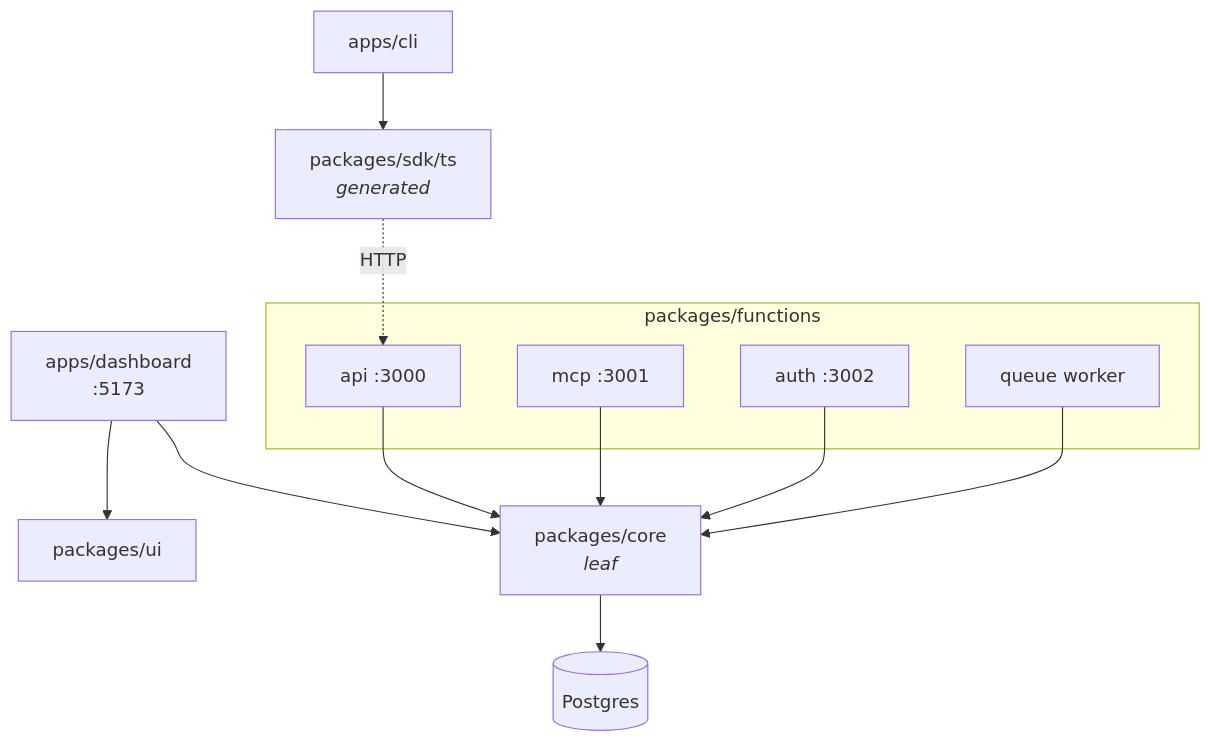
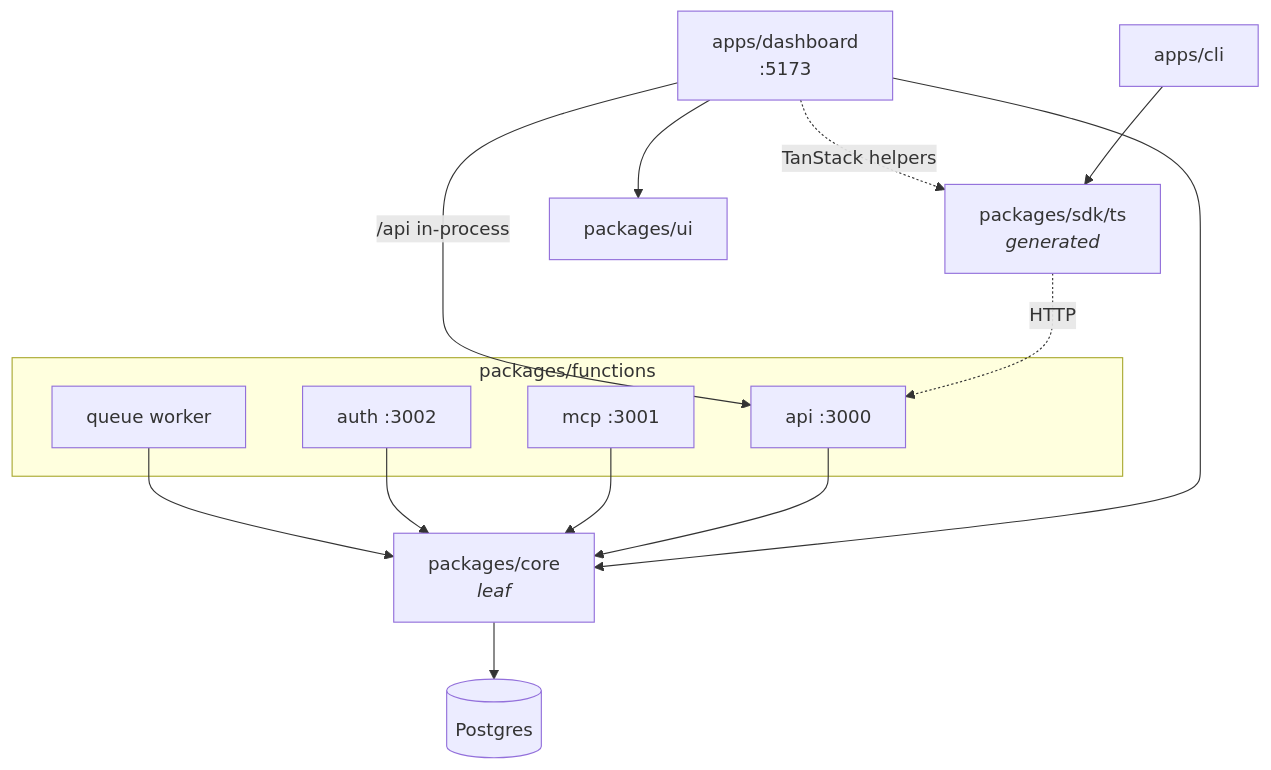
One commit to andre-brandao/template changed the first of 2 diagrams in docs/architecture.md. Above: the diagram before and after it, drawn with Mermaid. The commit also changed other lines of this file and 13 other files, not shown here.

````diff
--- a/docs/architecture.md
+++ b/docs/architecture.md
@@ -5,19 +5,21 @@
 ```mermaid
 graph TD
   cli["apps/cli"] --> sdk["packages/sdk/ts<br/><i>generated</i>"]
   sdk -. HTTP .-> api
   dash["apps/dashboard<br/>:5173"] --> ui["packages/ui"]
   dash --> core
+  dash -- "/api in-process" --> api
+  dash -. "TanStack helpers" .-> sdk
   api["api :3000"] --> core
   mcp["mcp :3001"] --> core
   auth["auth :3002"] --> core
   queue["queue worker"] --> core
   core["packages/core<br/><i>leaf</i>"] --> db[("Postgres")]
 
   subgraph fn["packages/functions"]
     api
     mcp
     auth
     queue
   end
 ```
````
